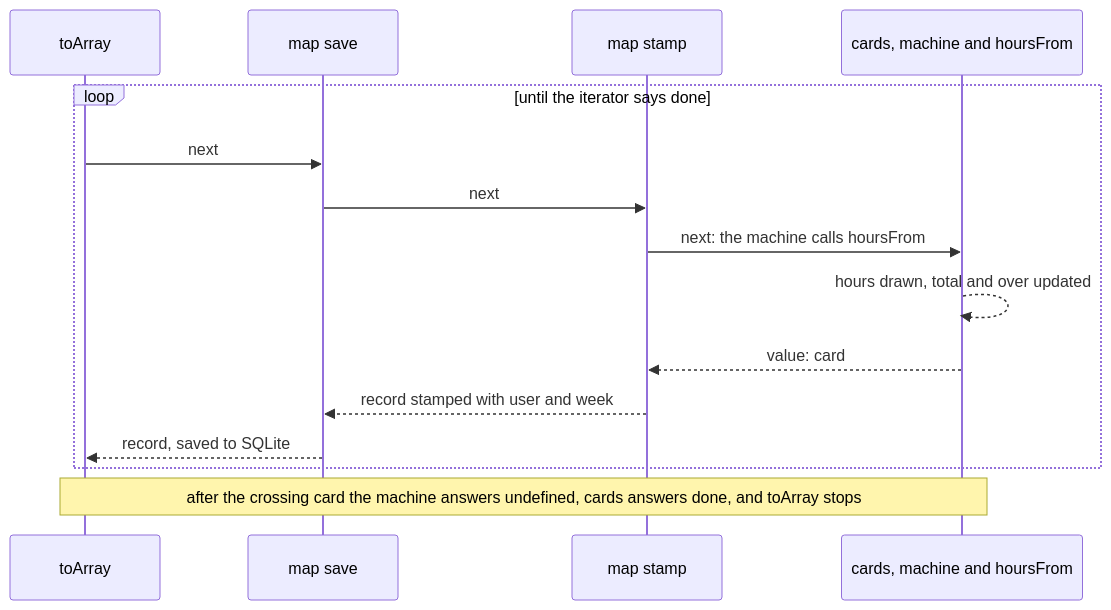
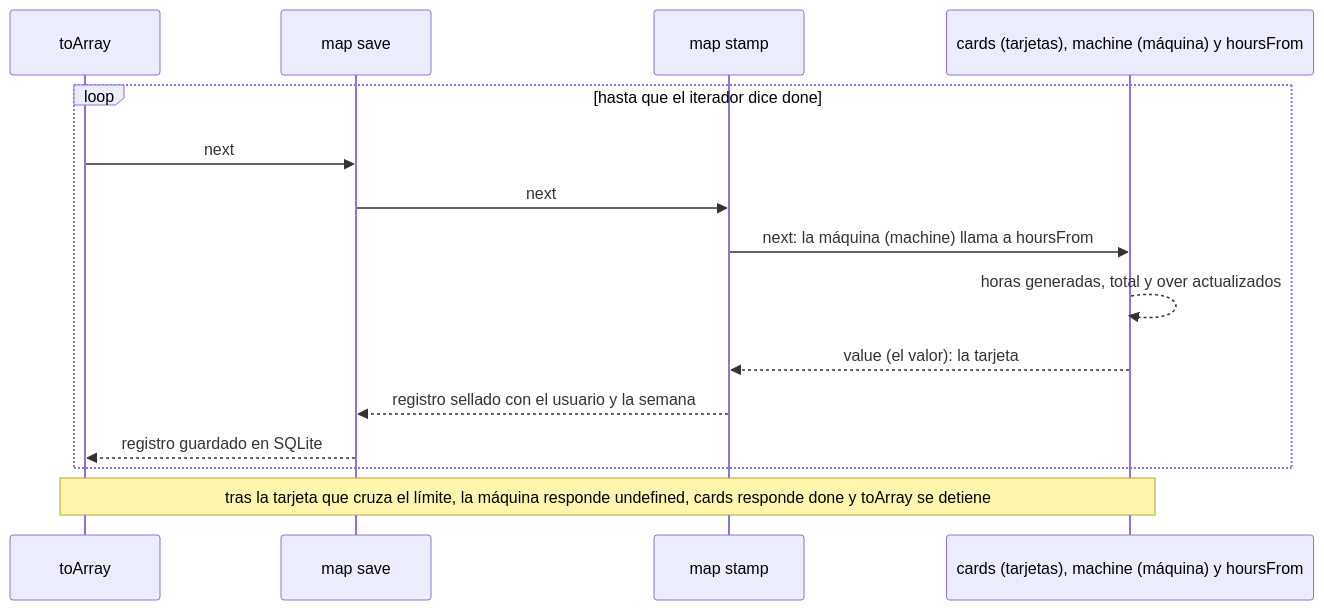
The second of 3 diagrams in lessons/guias-de-estudio/lenguajes/javascript.md (dullroar/aprende-a-programar-como-un-bicho-raro), drawn with Mermaid before and after one commit. The commit also changed other lines of this file and 9 other files, not shown here.

````diff
--- a/lessons/guias-de-estudio/lenguajes/javascript.md
+++ b/lessons/guias-de-estudio/lenguajes/javascript.md
@@ -82,19 +82,19 @@
 ```mermaid
 sequenceDiagram
-    accTitle: javascript-weird: demand pulls each card through three closures and two maps
-    accDescr: A sequence diagram of pull. The call toArray demands a value from the second map, which demands one from the first map, which demands one from the cards iterator. The cards iterator calls the machine closure, which calls the hours closure for a number and moves the generator state. The machine adds the hours to its captured total and sets its stop flag if the total is over 40, and returns the card. The card travels back up: the first map stamps it with the user and week, the second map saves it to SQLite, and toArray collects it. Then toArray demands again. After the crossing card, the machine answers undefined, the iterator answers done, and toArray stops.
+    accTitle: javascript-weird: la demanda saca cada tarjeta a través de tres clausuras y dos maps
+    accDescr: Un diagrama de secuencia de la demanda (pull). La llamada a toArray demanda un valor al segundo map, que demanda uno al primer map, que demanda uno al iterador cards. El iterador cards llama a la clausura de la máquina (machine), que llama a la clausura hoursFrom para obtener un número y mueve el estado del generador. La clausura de la máquina suma las horas a su total capturado, activa su bandera de parada si el total pasa de 40 y devuelve la tarjeta. La tarjeta vuelve hacia arriba: el primer map la sella con el usuario y la semana, el segundo map la guarda en SQLite y toArray la recoge. Después toArray vuelve a demandar. Tras la tarjeta que cruza el límite, la máquina responde undefined, el iterador responde done y toArray se detiene.
     participant T as toArray
     participant S as map save
     participant P as map stamp
-    participant C as cards, machine and hoursFrom
-    loop until the iterator says done
+    participant C as cards (tarjetas), machine (máquina) y hoursFrom
+    loop hasta que el iterador dice done
         T->>S: next
         S->>P: next
-        P->>C: next: the machine calls hoursFrom
-        C-->>C: hours drawn, total and over updated
-        C-->>P: value: card
-        P-->>S: record stamped with user and week
-        S-->>T: record, saved to SQLite
+        P->>C: next: la máquina (machine) llama a hoursFrom
+        C-->>C: horas generadas, total y over actualizados
+        C-->>P: value (el valor): la tarjeta
+        P-->>S: registro sellado con el usuario y la semana
+        S-->>T: registro guardado en SQLite
     end
-    Note over C,T: after the crossing card the machine answers undefined, cards answers done, and toArray stops
+    Note over C,T: tras la tarjeta que cruza el límite, la máquina responde undefined, cards responde done y toArray se detiene
 ```
````
